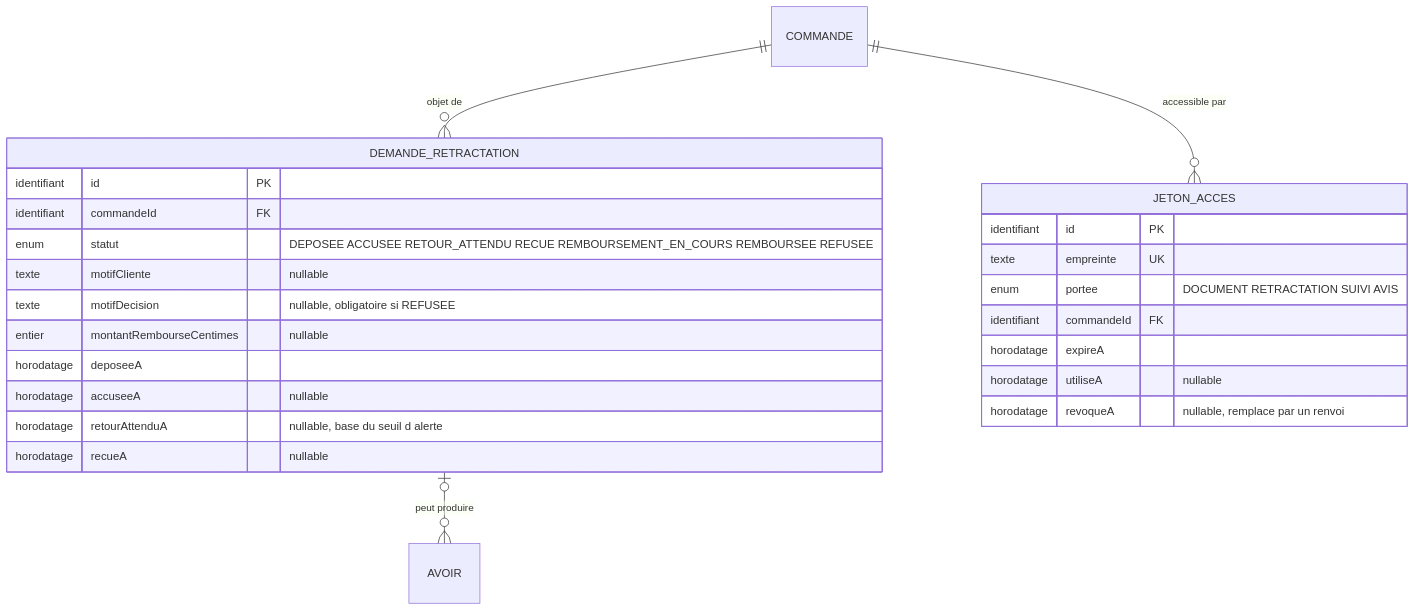
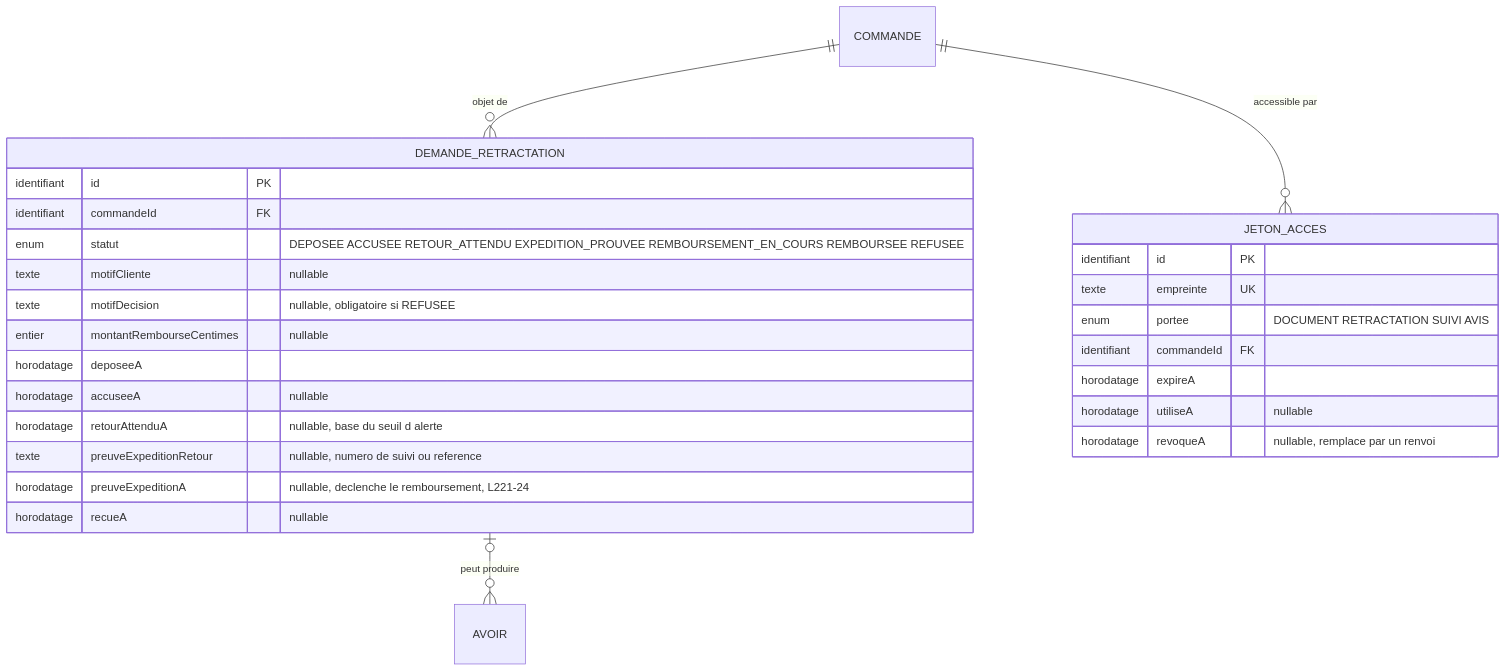
Before and after one commit to krismos64/lune-soleil: the seventh of 9 diagrams in docs/architecture/MODELE-CONCEPTUEL.md, drawn with Mermaid. The commit also changed other lines of this file and 4 other files, not shown here.

````diff
--- a/docs/architecture/MODELE-CONCEPTUEL.md
+++ b/docs/architecture/MODELE-CONCEPTUEL.md
@@ -703,28 +706,30 @@
 ```mermaid
 erDiagram
     COMMANDE ||--o{ DEMANDE_RETRACTATION : "objet de"
     COMMANDE ||--o{ JETON_ACCES : "accessible par"
     DEMANDE_RETRACTATION |o--o{ AVOIR : "peut produire"
 
     DEMANDE_RETRACTATION {
         identifiant id PK
         identifiant commandeId FK
-        enum statut "DEPOSEE ACCUSEE RETOUR_ATTENDU RECUE REMBOURSEMENT_EN_COURS REMBOURSEE REFUSEE"
+        enum statut "DEPOSEE ACCUSEE RETOUR_ATTENDU EXPEDITION_PROUVEE REMBOURSEMENT_EN_COURS REMBOURSEE REFUSEE"
         texte motifCliente "nullable"
         texte motifDecision "nullable, obligatoire si REFUSEE"
         entier montantRembourseCentimes "nullable"
         horodatage deposeeA
         horodatage accuseeA "nullable"
         horodatage retourAttenduA "nullable, base du seuil d alerte"
+        texte preuveExpeditionRetour "nullable, numero de suivi ou reference"
+        horodatage preuveExpeditionA "nullable, declenche le remboursement, L221-24"
         horodatage recueA "nullable"
     }
     JETON_ACCES {
         identifiant id PK
         texte empreinte UK
         enum portee "DOCUMENT RETRACTATION SUIVI AVIS"
         identifiant commandeId FK
         horodatage expireA
         horodatage utiliseA "nullable"
         horodatage revoqueA "nullable, remplace par un renvoi"
     }
 ```
````
